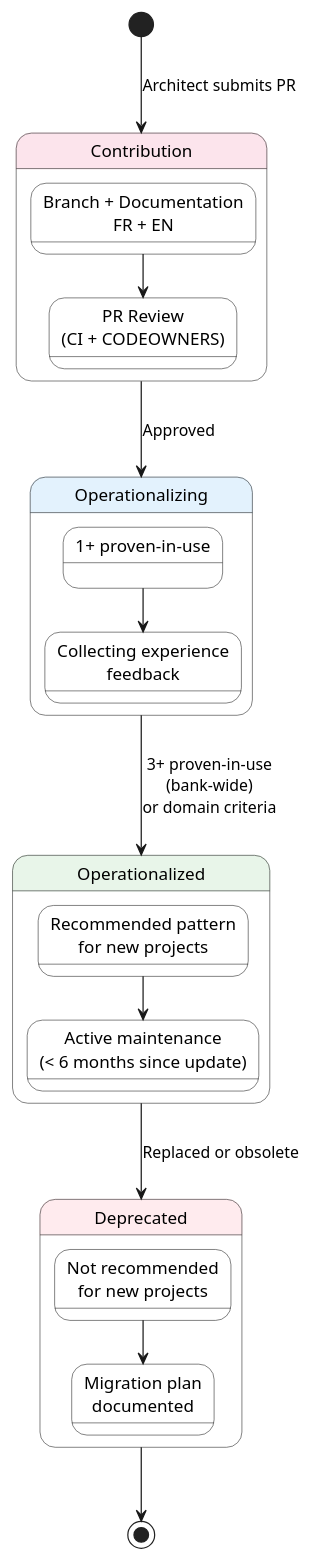
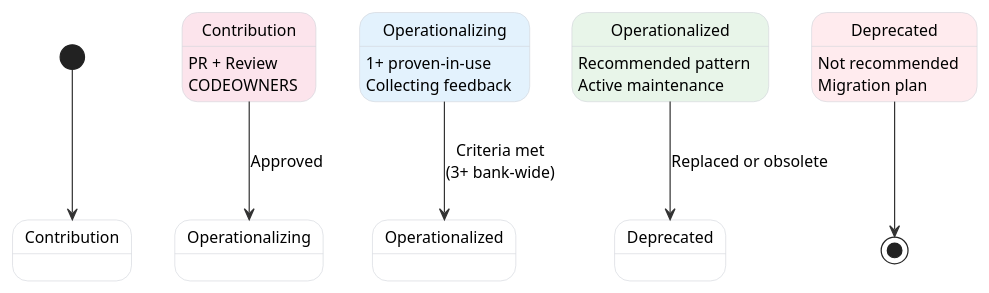
The sixth of 7 diagrams in content/pras/en/overview.adoc (KiyaliHQ/proven-reusable-architecture), drawn with PlantUML before and after one commit. The commit also changed other lines of this file and 1 other file, not shown here.

First line of the commit message:
fix: improve PlantUML diagrams for stakeholder presentation

```diff
--- a/content/pras/en/overview.adoc
+++ b/content/pras/en/overview.adoc
@@ -268,45 +234,32 @@
 [plantuml]
 ----
 @startuml
 skinparam backgroundColor transparent
+skinparam defaultFontName "Segoe UI"
+skinparam defaultFontSize 13
+skinparam shadowing false
+skinparam ArrowColor #333333
 skinparam state {
-  RoundCorner 15
-  BackgroundColor #fff
-  BorderColor #333
+  BackgroundColor #ffffff
+  BorderColor #d1d5db
 }
 
-[*] --> Contribution : Architect submits PR
+[*] --> Contribution
 
-state Contribution #fce4ec {
-  state "Branch + Documentation\nFR + EN" as contrib
-  state "PR Review\n(CI + CODEOWNERS)" as review
-  contrib --> review
-}
+state "Contribution" as contrib #fce4ec : PR + Review\nCODEOWNERS
 
-Contribution --> Operationalizing : Approved
+contrib --> Operationalizing : Approved
 
-state Operationalizing #e3f2fd {
-  state "1+ proven-in-use" as op1
-  state "Collecting experience\nfeedback" as feedback
-  op1 --> feedback
-}
+state "Operationalizing" as op #e3f2fd : 1+ proven-in-use\nCollecting feedback
 
-Operationalizing --> Operationalized : 3+ proven-in-use\n(bank-wide)\nor domain criteria
+op --> Operationalized : Criteria met\n(3+ bank-wide)
 
-state Operationalized #e8f5e9 {
-  state "Recommended pattern\nfor new projects" as recommended
-  state "Active maintenance\n(< 6 months since update)" as maintained
-  recommended --> maintained
-}
+state "Operationalized" as done #e8f5e9 : Recommended pattern\nActive maintenance
 
-Operationalized --> Deprecated : Replaced or obsolete
+done --> Deprecated : Replaced or obsolete
 
-state Deprecated #ffebee {
-  state "Not recommended\nfor new projects" as not_rec
-  state "Migration plan\ndocumented" as migration
-  not_rec --> migration
-}
+state "Deprecated" as dep #ffebee : Not recommended\nMigration plan
 
-Deprecated --> [*]
+dep --> [*]
 @enduml
 ----
```
